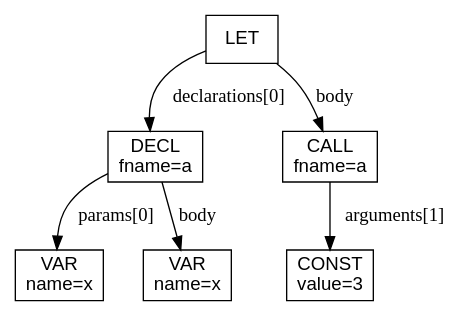
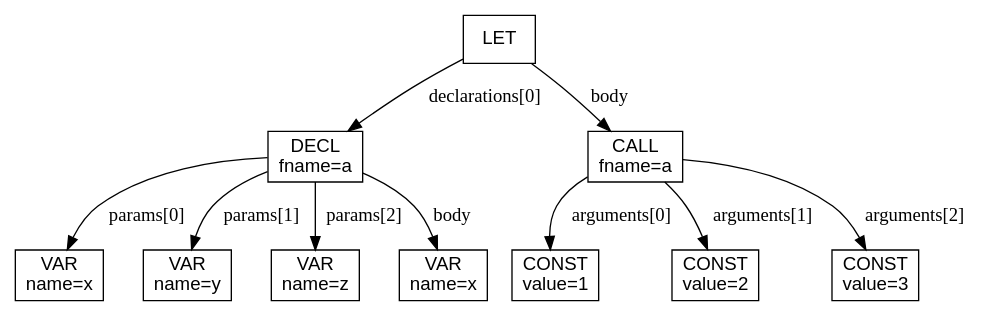
The diagram in Universität/Übersetzung und Analyse von Programmen/Projekte/Projekt_3/uap25_pro3_python/dotFiles/argsParamsExample.ast.dot (mjanssen0212-spec/private), drawn with Graphviz before and after one commit. The commit also changed 32 other files, not shown here.

```diff
--- a/Universität/Übersetzung und Analyse von Programmen/Projekte/Projekt_3/uap25_pro3_python/dotFiles/argsParamsExample.ast.dot
+++ b/Universität/Übersetzung und Analyse von Programmen/Projekte/Projekt_3/uap25_pro3_python/dotFiles/argsParamsExample.ast.dot
@@ -1,14 +1,22 @@
 digraph AST {
   node [shape=box, fontname="Arial"];
   n0 [label="LET"];
   n1 [label="DECL\nfname=a"];
   n2 [label="VAR\nname=x"];
   n1 -> n2 [label="params[0]"];
-  n3 [label="VAR\nname=x"];
-  n1 -> n3 [label="body"];
+  n3 [label="VAR\nname=y"];
+  n1 -> n3 [label="params[1]"];
+  n4 [label="VAR\nname=z"];
+  n1 -> n4 [label="params[2]"];
+  n5 [label="VAR\nname=x"];
+  n1 -> n5 [label="body"];
   n0 -> n1 [label="declarations[0]"];
-  n4 [label="CALL\nfname=a"];
-  n5 [label="CONST\nvalue=3"];
-  n4 -> n5 [label="arguments[1]"];
-  n0 -> n4 [label="body"];
+  n6 [label="CALL\nfname=a"];
+  n7 [label="CONST\nvalue=1"];
+  n6 -> n7 [label="arguments[0]"];
+  n8 [label="CONST\nvalue=2"];
+  n6 -> n8 [label="arguments[1]"];
+  n9 [label="CONST\nvalue=3"];
+  n6 -> n9 [label="arguments[2]"];
+  n0 -> n6 [label="body"];
 }
```
